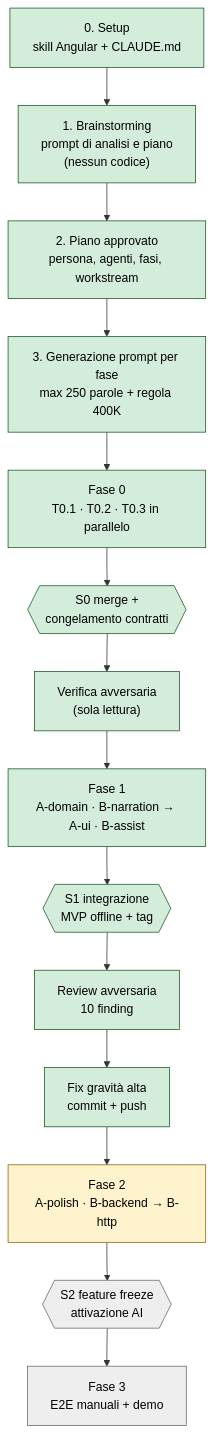
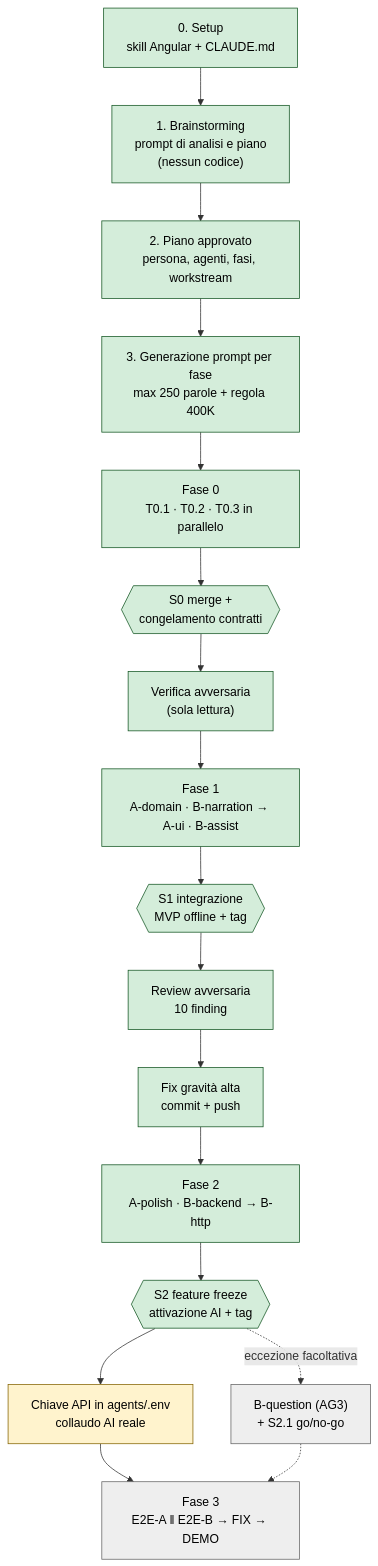
One commit to giusmalla-acn/hackathon changed the first of 5 diagrams in presentation/percorso-progetto.md. Above: the diagram before and after it, drawn with Mermaid. The commit also changed other lines of this file, not shown here.

````diff
--- a/presentation/percorso-progetto.md
+++ b/presentation/percorso-progetto.md
@@ -11,23 +11,26 @@
 ```mermaid
 flowchart TD
     A["0. Setup<br/>skill Angular + CLAUDE.md"] --> B["1. Brainstorming<br/>prompt di analisi e piano<br/>(nessun codice)"]
     B --> C["2. Piano approvato<br/>persona, agenti, fasi, workstream"]
     C --> D["3. Generazione prompt per fase<br/>max 250 parole + regola 400K"]
     D --> E["Fase 0<br/>T0.1 · T0.2 · T0.3 in parallelo"]
     E --> S0{{"S0 merge +<br/>congelamento contratti"}}
     S0 --> R0["Verifica avversaria<br/>(sola lettura)"]
     R0 --> F1["Fase 1<br/>A-domain · B-narration → A-ui · B-assist"]
     F1 --> S1{{"S1 integrazione<br/>MVP offline + tag"}}
     S1 --> R1["Review avversaria<br/>10 finding"]
     R1 --> FX["Fix gravità alta<br/>commit + push"]
     FX --> F2["Fase 2<br/>A-polish · B-backend → B-http"]
-    F2 --> S2{{"S2 feature freeze<br/>attivazione AI"}}
-    S2 --> F3["Fase 3<br/>E2E manuali + demo"]
+    F2 --> S2{{"S2 feature freeze<br/>attivazione AI + tag"}}
+    S2 --> K["Chiave API in agents/.env<br/>collaudo AI reale"]
+    S2 -.->|"eccezione facoltativa"| Q["B-question (AG3)<br/>+ S2.1 go/no-go"]
+    K --> F3["Fase 3<br/>E2E-A ‖ E2E-B → FIX → DEMO"]
+    Q -.-> F3
 
     classDef done fill:#d4edda,stroke:#155724,color:#000
     classDef wip fill:#fff3cd,stroke:#856404,color:#000
     classDef todo fill:#eeeeee,stroke:#666,color:#000
-    class A,B,C,D,E,S0,R0,F1,S1,R1,FX done
-    class F2 wip
-    class S2,F3 todo
+    class A,B,C,D,E,S0,R0,F1,S1,R1,FX,F2,S2 done
+    class K wip
+    class Q,F3 todo
 ```
````
